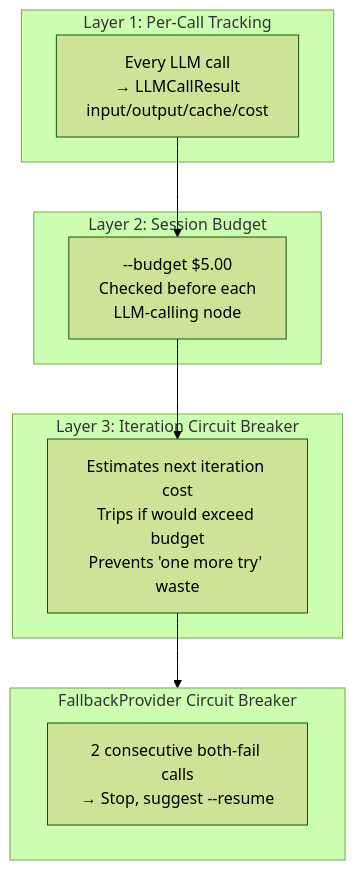
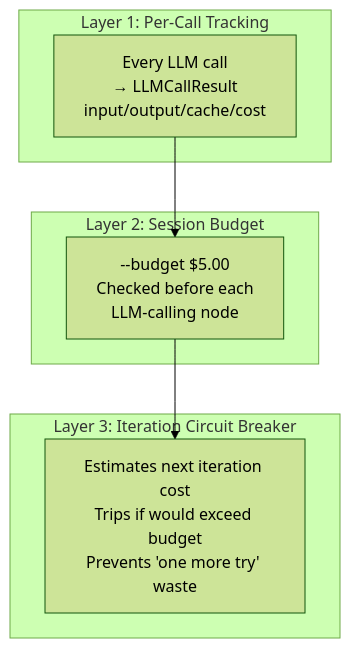
The diagram in wiki/Cost-Management.md (martymcenroe/AssemblyZero), drawn with Mermaid (forest theme) before and after one commit. The commit also changed other lines of this file and 53 other files, not shown here.

````diff
--- a/wiki/Cost-Management.md
+++ b/wiki/Cost-Management.md
@@ -14,22 +14,17 @@
 ```mermaid
 graph TD
     subgraph L1["Layer 1: Per-Call Tracking"]
         C1["Every LLM call<br/>→ LLMCallResult<br/>input/output/cache/cost"]
     end
 
     subgraph L2["Layer 2: Session Budget"]
         C2["--budget $5.00<br/>Checked before each<br/>LLM-calling node"]
     end
 
     subgraph L3["Layer 3: Iteration Circuit Breaker"]
         C3["Estimates next iteration cost<br/>Trips if would exceed budget<br/>Prevents 'one more try' waste"]
     end
 
-    subgraph CB["FallbackProvider Circuit Breaker"]
-        C4["2 consecutive both-fail calls<br/>→ Stop, suggest --resume"]
-    end
-
     C1 --> C2
     C2 --> C3
-    C3 --> CB
 ```
````
